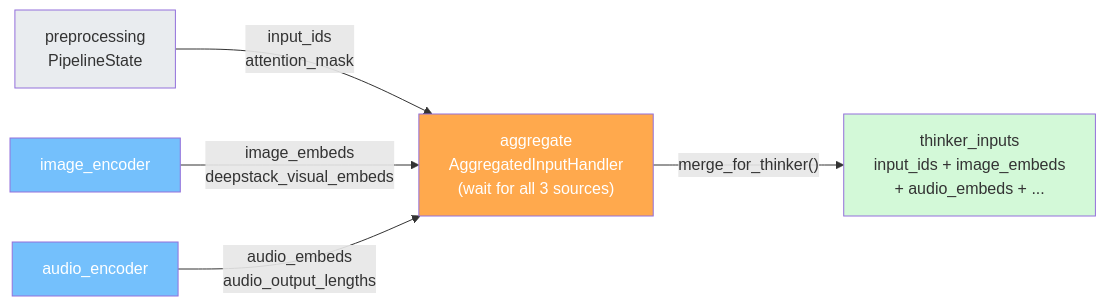
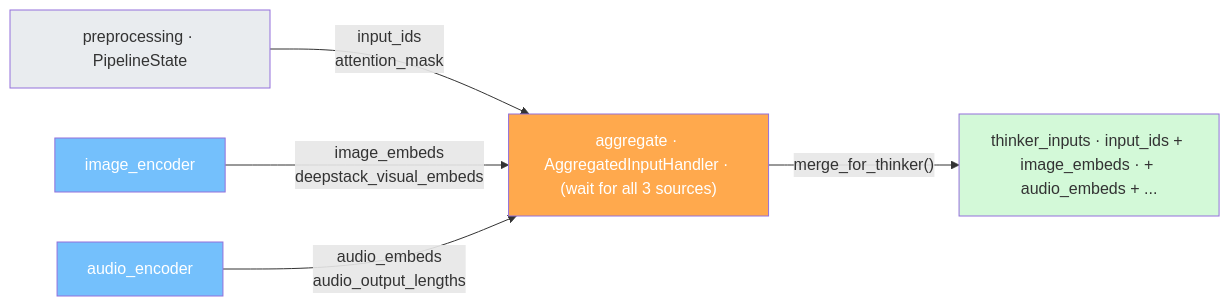
Before and after one commit to zhaochenyang20/Awesome-ML-SYS-Tutorial: diagram 17 of 27 in sglang/sglang-omni/README.md, drawn with Mermaid. The commit also changed other lines of this file, not shown here.

First line of the commit message:
docs(sglang-omni): use single-line mermaid labels and redraw multi-model diagram with subgraphs

````diff
--- a/sglang/sglang-omni/README.md
+++ b/sglang/sglang-omni/README.md
@@ -758,21 +757,16 @@
 ```mermaid
 graph LR
-    Pre["`preprocessing
-PipelineState`"] --> |"input_ids<br/>attention_mask"| Agg
+    Pre["preprocessing · PipelineState"] --> |"input_ids<br/>attention_mask"| Agg
     IE["image_encoder"] --> |"image_embeds<br/>deepstack_visual_embeds"| Agg
     AE["audio_encoder"] --> |"audio_embeds<br/>audio_output_lengths"| Agg
 
-    Agg["`aggregate
-AggregatedInputHandler
-(wait for all 3 sources)`"]
+    Agg["aggregate · AggregatedInputHandler · (wait for all 3 sources)"]
 
-    Agg --> |"merge_for_thinker()"| Out["`thinker_inputs
-input_ids + image_embeds
-+ audio_embeds + ...`"]
+    Agg --> |"merge_for_thinker()"| Out["thinker_inputs · input_ids + image_embeds · + audio_embeds + ..."]
 
     style Agg fill:#ffa94d,color:#fff
     style Out fill:#d3f9d8,color:#333
     style Pre fill:#e9ecef,color:#333
     style IE fill:#74c0fc,color:#fff
     style AE fill:#74c0fc,color:#fff
 ```
````
